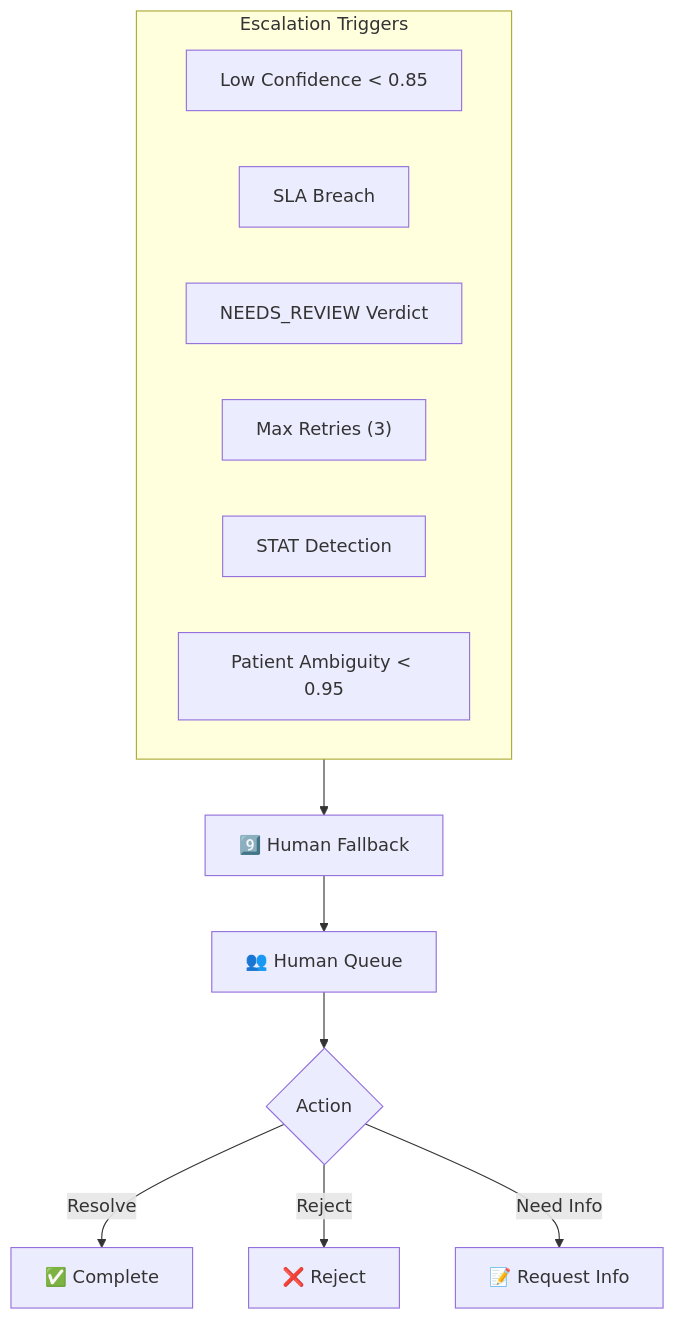
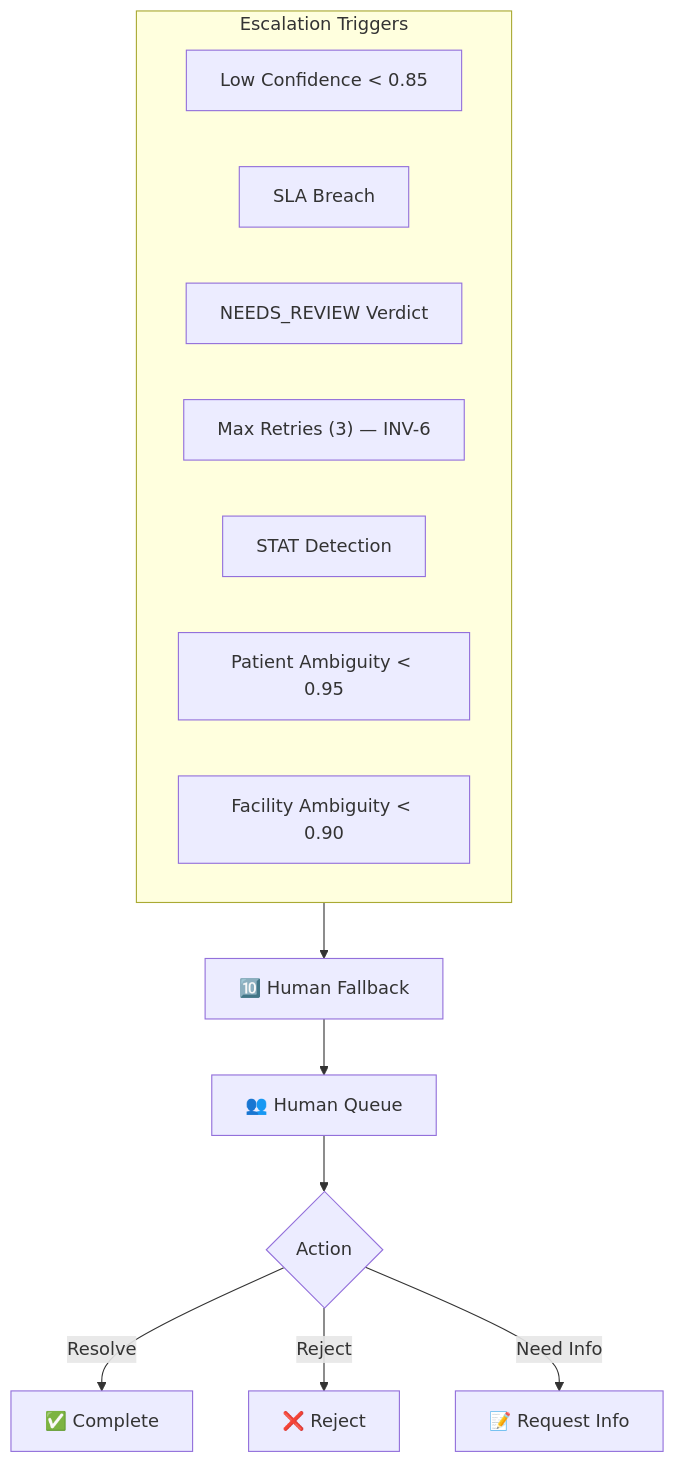
Before and after one commit to mohabnazmy/test: the seventh of 16 diagrams in all.md, drawn with Mermaid. The commit also changed other lines of this file, not shown here.

````diff
--- a/all.md
+++ b/all.md
@@ -316,19 +387,20 @@
 ```mermaid
 flowchart TB
     subgraph Triggers["Escalation Triggers"]
         T1["Low Confidence < 0.85"]
         T2["SLA Breach"]
         T3["NEEDS_REVIEW Verdict"]
-        T4["Max Retries (3)"]
+        T4["Max Retries (3) — INV-6"]
         T5["STAT Detection"]
         T6["Patient Ambiguity < 0.95"]
+        T7["Facility Ambiguity < 0.90"]
     end
     
-    Triggers --> HF["9️⃣ Human Fallback"]
+    Triggers --> HF["🔟 Human Fallback"]
     HF --> Queue["👥 Human Queue"]
     
     Queue --> Action{"Action"}
     Action -->|"Resolve"| Complete["✅ Complete"]
     Action -->|"Reject"| Reject["❌ Reject"]
     Action -->|"Need Info"| Info["📝 Request Info"]
 ```
````
